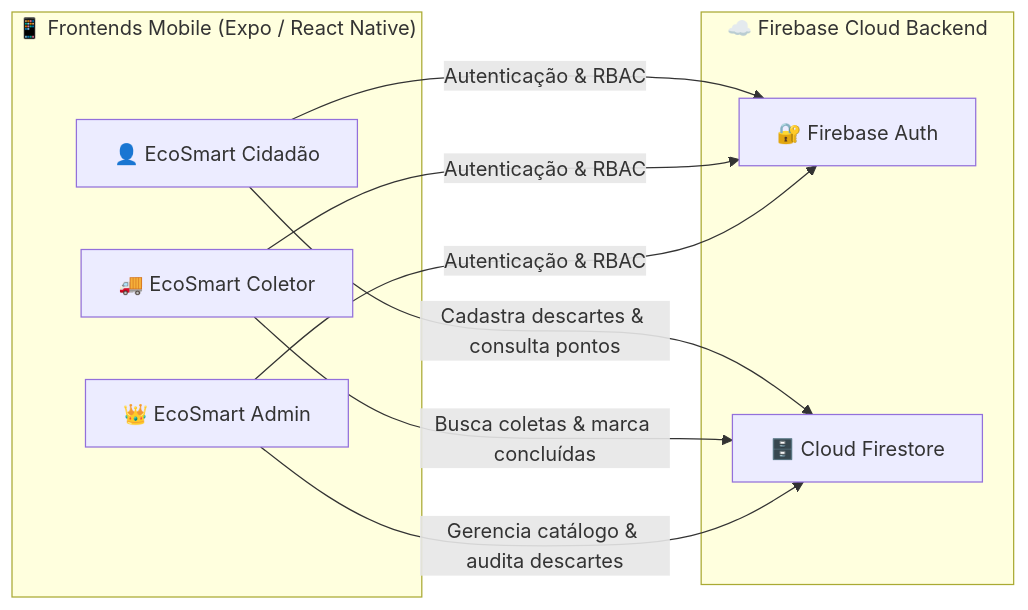
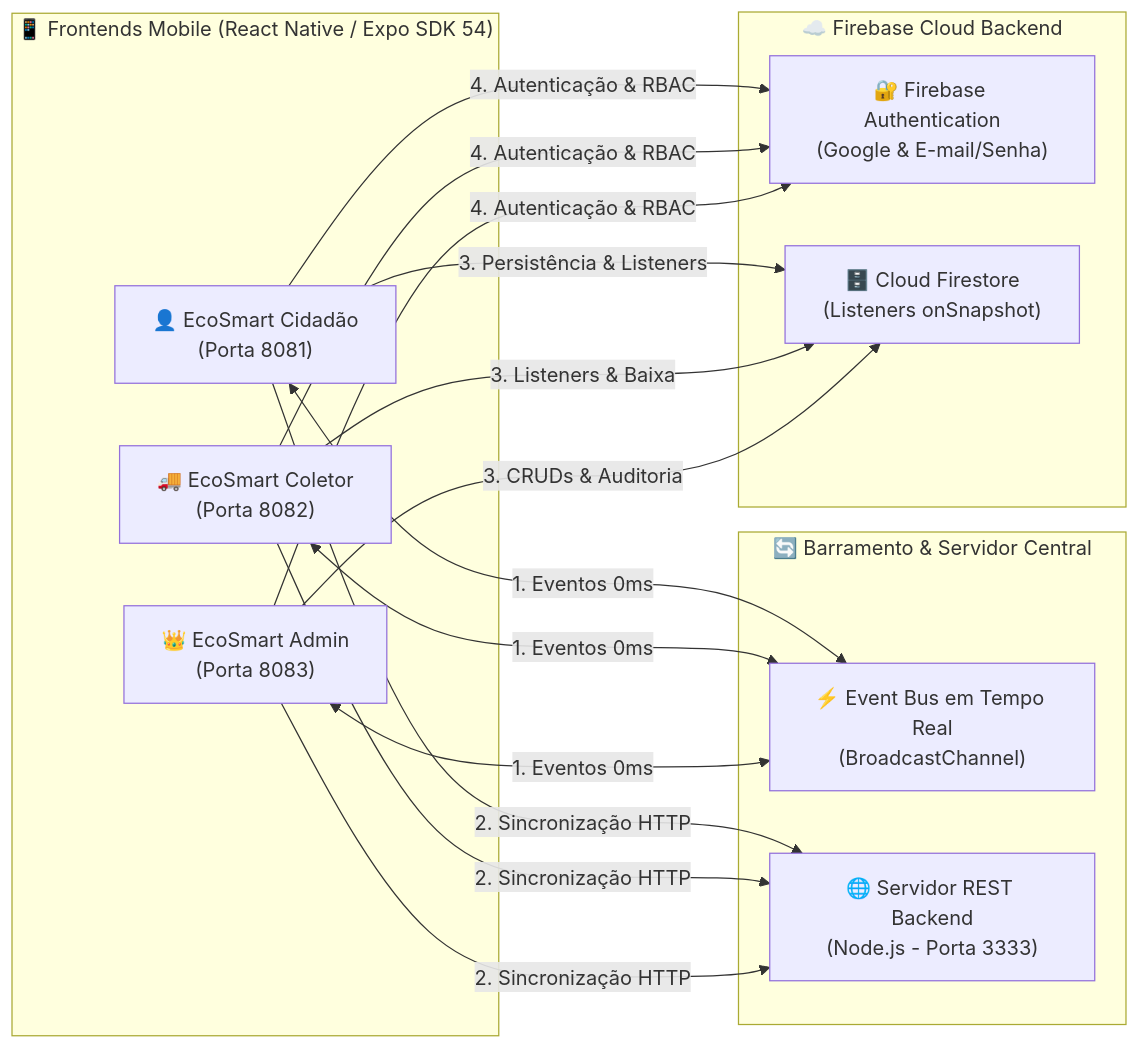
Before and after one commit to guhfelix/Ecosmart_DMM---Mobile: the diagram in docs/APLICATIVOS_DETALHADOS.md, drawn with Mermaid. The commit also changed other lines of this file and 35 other files, not shown here.

````diff
--- a/docs/APLICATIVOS_DETALHADOS.md
+++ b/docs/APLICATIVOS_DETALHADOS.md
@@ -14,16 +14,30 @@
 ```mermaid
 graph LR
-    subgraph Frontend ["📱 Frontends Mobile (Expo / React Native)"]
-        A["👤 EcoSmart Cidadão"]
-        B["🚚 EcoSmart Coletor"]
-        C["👑 EcoSmart Admin"]
+    subgraph Frontend ["📱 Frontends Mobile (React Native / Expo SDK 54)"]
+        A["👤 EcoSmart Cidadão\n(Porta 8081)"]
+        B["🚚 EcoSmart Coletor\n(Porta 8082)"]
+        C["👑 EcoSmart Admin\n(Porta 8083)"]
+    end
+    subgraph Central ["🔄 Barramento & Servidor Central"]
+        Bus["⚡ Event Bus em Tempo Real\n(BroadcastChannel)"]
+        REST["🌐 Servidor REST Backend\n(Node.js - Porta 3333)"]
     end
     subgraph Firebase ["☁️ Firebase Cloud Backend"]
-        Auth["🔐 Firebase Auth"]
-        FS["🗄️ Cloud Firestore"]
+        Auth["🔐 Firebase Authentication\n(Google & E-mail/Senha)"]
+        FS["🗄️ Cloud Firestore\n(Listeners onSnapshot)"]
     end
-    A -->|Cadastra descartes & consulta pontos| FS
-    B -->|Busca coletas & marca concluídas| FS
-    C -->|Gerencia catálogo & audita descartes| FS
-    A & B & C -->|Autenticação & RBAC| Auth
+    
+    A <-->|1. Eventos 0ms| Bus
+    B <-->|1. Eventos 0ms| Bus
+    C <-->|1. Eventos 0ms| Bus
+
+    A -->|2. Sincronização HTTP| REST
+    B -->|2. Sincronização HTTP| REST
+    C -->|2. Sincronização HTTP| REST
+
+    A -->|3. Persistência & Listeners| FS
+    B -->|3. Listeners & Baixa| FS
+    C -->|3. CRUDs & Auditoria| FS
+
+    A & B & C -->|4. Autenticação & RBAC| Auth
 ```
````
